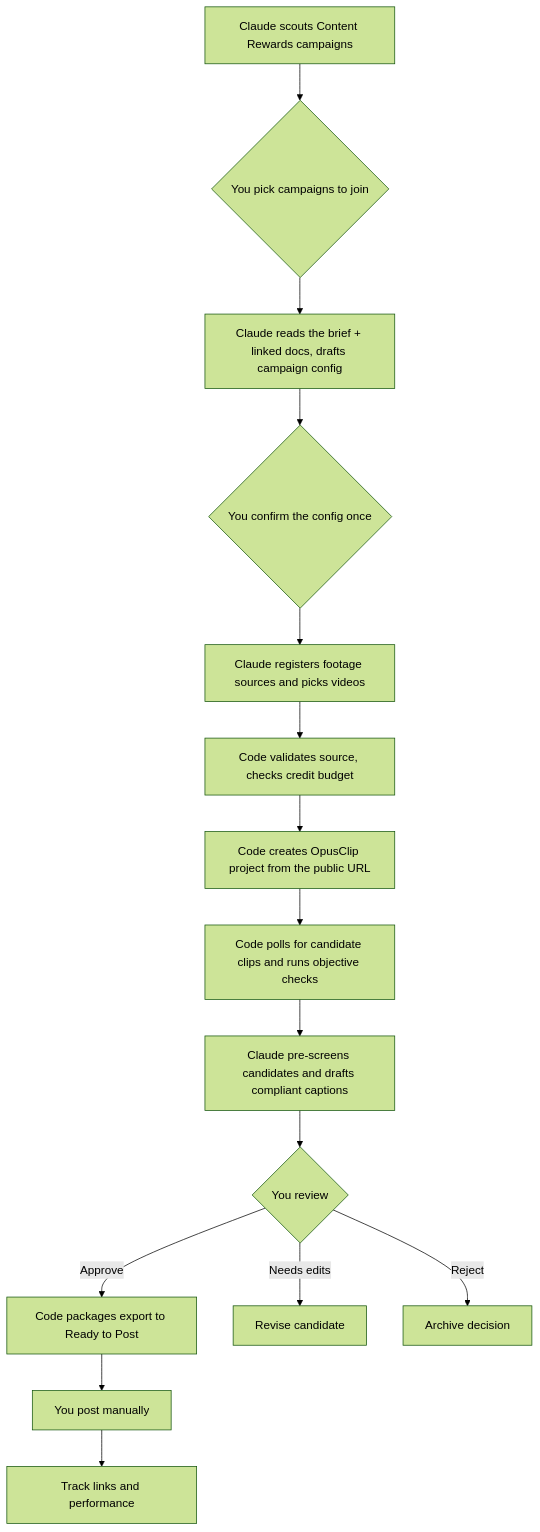
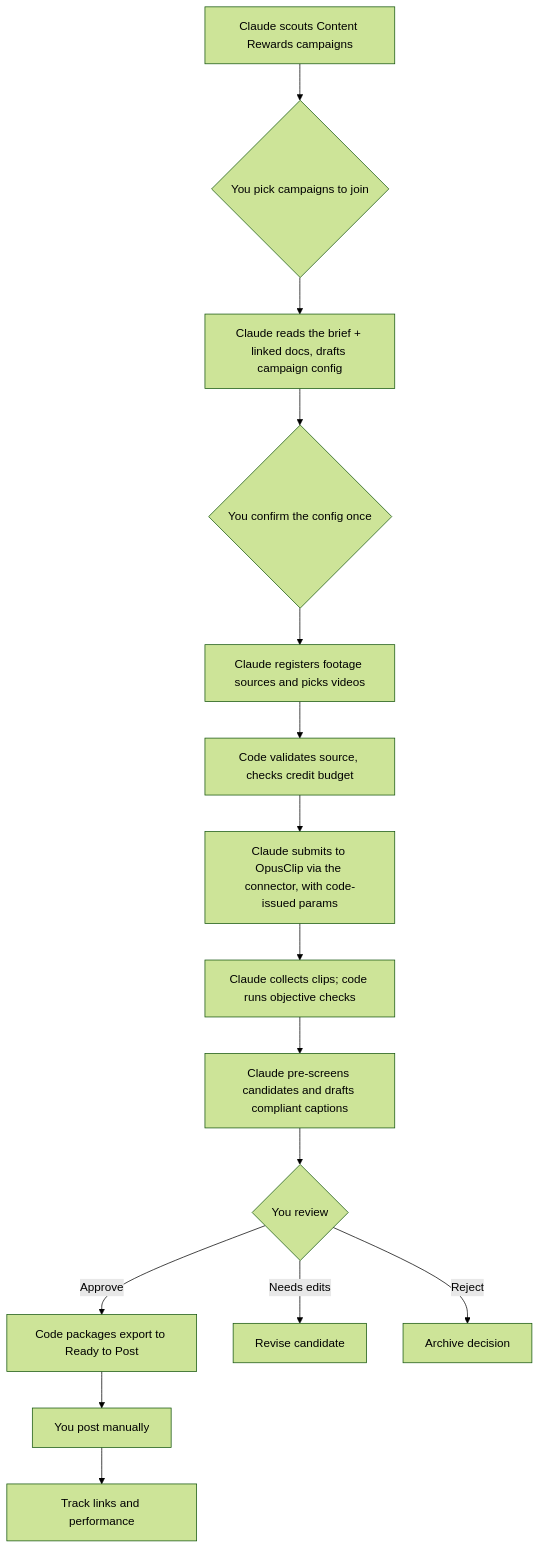
The diagram in README.md (misterhedrick/clipper), drawn with Mermaid (forest theme) before and after one commit. The commit also changed other lines of this file and 13 other files, not shown here.

````diff
--- a/README.md
+++ b/README.md
@@ -54,17 +54,17 @@
 ```mermaid
 flowchart TD
   A["Claude scouts Content Rewards campaigns"] --> B{"You pick campaigns to join"}
   B --> C["Claude reads the brief + linked docs, drafts campaign config"]
   C --> D{"You confirm the config once"}
   D --> E["Claude registers footage sources and picks videos"]
   E --> F["Code validates source, checks credit budget"]
-  F --> G["Code creates OpusClip project from the public URL"]
-  G --> H["Code polls for candidate clips and runs objective checks"]
+  F --> G["Claude submits to OpusClip via the connector, with code-issued params"]
+  G --> H["Claude collects clips; code runs objective checks"]
   H --> I["Claude pre-screens candidates and drafts compliant captions"]
   I --> J{"You review"}
   J -->|Approve| K["Code packages export to Ready to Post"]
   J -->|Needs edits| L["Revise candidate"]
   J -->|Reject| M["Archive decision"]
   K --> N["You post manually"]
   N --> O["Track links and performance"]
 ```
````
